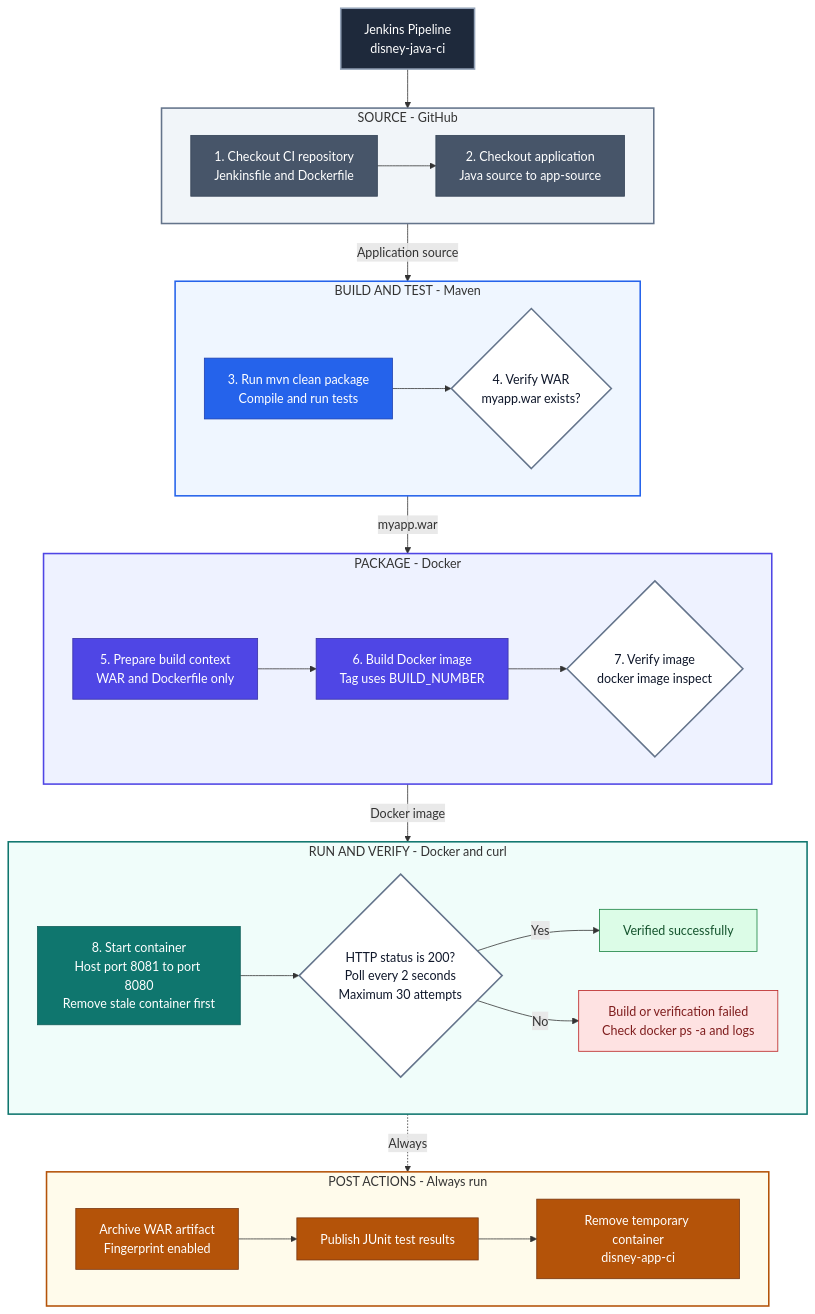
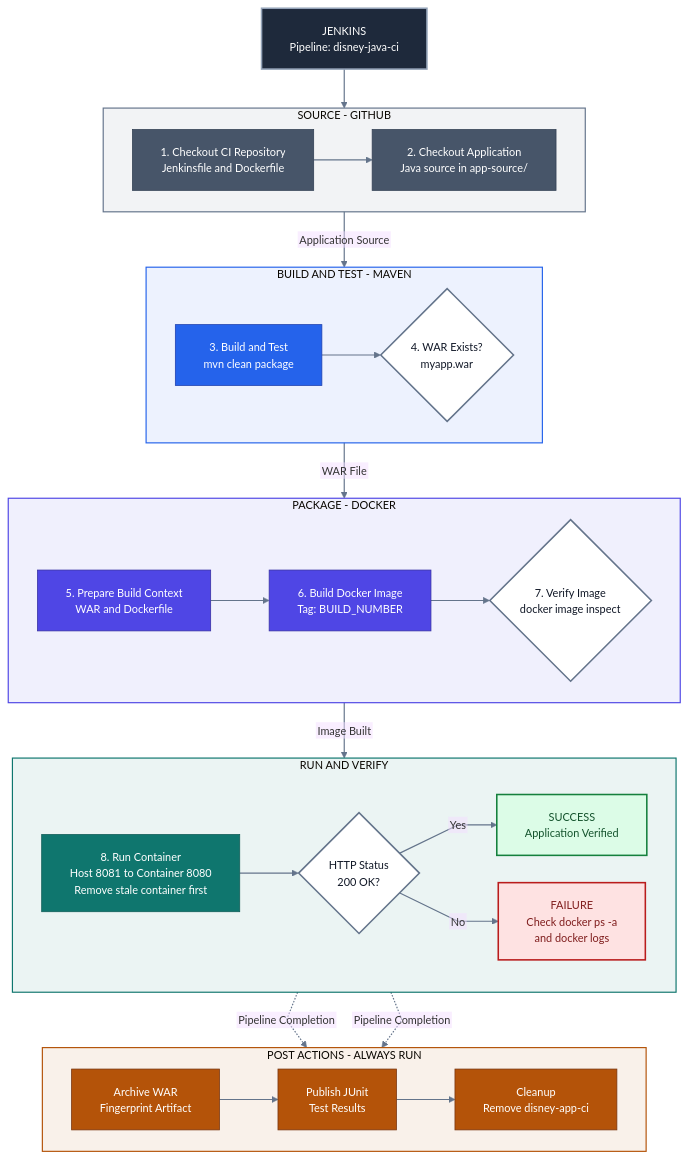
The first of 2 diagrams in 03-jenkins-cicd-pipeline/README.md (dileepkumar-bit/devops-portfolio), drawn with Mermaid before and after one commit.

````diff
--- a/03-jenkins-cicd-pipeline/README.md
+++ b/03-jenkins-cicd-pipeline/README.md
@@ -47,79 +47,82 @@
 ```mermaid
+%%{init: {"flowchart": {"curve": "linear", "nodeSpacing": 35, "rankSpacing": 50, "padding": 18, "htmlLabels": false}, "theme": "base", "themeVariables": {"fontFamily": "Arial, sans-serif", "fontSize": "14px"}}}%%
 flowchart TB
-    JK["Jenkins Pipeline<br/>disney-java-ci"]
 
-    subgraph SRC["SOURCE - GitHub"]
+    JK["JENKINS<br/>Pipeline: disney-java-ci"]
+
+    subgraph SRC["SOURCE - GITHUB"]
         direction LR
-        S1["1. Checkout CI repository<br/>Jenkinsfile and Dockerfile"]
-        S2["2. Checkout application<br/>Java source to app-source"]
+        S1["1. Checkout CI Repository<br/>Jenkinsfile and Dockerfile"]
+        S2["2. Checkout Application<br/>Java source in app-source/"]
         S1 --> S2
     end
 
-    subgraph BLD["BUILD AND TEST - Maven"]
+    subgraph BLD["BUILD AND TEST - MAVEN"]
         direction LR
-        B1["3. Run mvn clean package<br/>Compile and run tests"]
-        B2{"4. Verify WAR<br/>myapp.war exists?"}
+        B1["3. Build and Test<br/>mvn clean package"]
+        B2{"4. WAR Exists?<br/>myapp.war"}
         B1 --> B2
     end
 
-    subgraph PKG["PACKAGE - Docker"]
+    subgraph PKG["PACKAGE - DOCKER"]
         direction LR
-        P1["5. Prepare build context<br/>WAR and Dockerfile only"]
-        P2["6. Build Docker image<br/>Tag uses BUILD_NUMBER"]
-        P3{"7. Verify image<br/>docker image inspect"}
+        P1["5. Prepare Build Context<br/>WAR and Dockerfile"]
+        P2["6. Build Docker Image<br/>Tag: BUILD_NUMBER"]
+        P3{"7. Verify Image<br/>docker image inspect"}
         P1 --> P2 --> P3
     end
 
-    subgraph RUN["RUN AND VERIFY - Docker and curl"]
+    subgraph RUN["RUN AND VERIFY"]
         direction LR
-        R1["8. Start container<br/>Host port 8081 to port 8080<br/>Remove stale container first"]
-        R2{"HTTP status is 200?<br/>Poll every 2 seconds<br/>Maximum 30 attempts"}
-        R3["Verified successfully"]
-        R4["Build or verification failed<br/>Check docker ps -a and logs"]
+        R1["8. Run Container<br/>Host 8081 to Container 8080<br/>Remove stale container first"]
+        R2{"HTTP Status<br/>200 OK?"}
+        R3["SUCCESS<br/>Application Verified"]
+        R4["FAILURE<br/>Check docker ps -a<br/>and docker logs"]
         R1 --> R2
         R2 -->|Yes| R3
         R2 -->|No| R4
     end
 
-    subgraph POST["POST ACTIONS - Always run"]
+    subgraph POST["POST ACTIONS - ALWAYS RUN"]
         direction LR
-        Q1["Archive WAR artifact<br/>Fingerprint enabled"]
-        Q2["Publish JUnit test results"]
-        Q3["Remove temporary container<br/>disney-app-ci"]
+        Q1["Archive WAR<br/>Fingerprint Artifact"]
+        Q2["Publish JUnit<br/>Test Results"]
+        Q3["Cleanup<br/>Remove disney-app-ci"]
         Q1 --> Q2 --> Q3
     end
 
-    JK --> SRC
-    SRC -->|Application source| BLD
-    BLD -->|myapp.war| PKG
-    PKG -->|Docker image| RUN
-    RUN -.->|Always| POST
+    JK --> S1
+    S2 -->|Application Source| B1
+    B2 -->|WAR File| P1
+    P3 -->|Image Built| R1
+    R3 -.->|Pipeline Completion| Q1
+    R4 -.->|Pipeline Completion| Q1
 
-    classDef jenkins fill:#1E293B,stroke:#94A3B8,color:#FFFFFF,stroke-width:2px
+    classDef jenkins fill:#1E293B,stroke:#94A3B8,stroke-width:2px,color:#FFFFFF
     classDef source fill:#475569,stroke:#334155,color:#FFFFFF
     classDef build fill:#2563EB,stroke:#1E40AF,color:#FFFFFF
     classDef package fill:#4F46E5,stroke:#3730A3,color:#FFFFFF
     classDef runtime fill:#0F766E,stroke:#115E59,color:#FFFFFF
     classDef post fill:#B45309,stroke:#78350F,color:#FFFFFF
-    classDef decision fill:#FFFFFF,stroke:#64748B,color:#0F172A,stroke-width:2px
-    classDef success fill:#DCFCE7,stroke:#15803D,color:#14532D
-    classDef failure fill:#FEE2E2,stroke:#B91C1C,color:#7F1D1D
+    classDef decision fill:#FFFFFF,stroke:#64748B,stroke-width:2px,color:#111827
+    classDef success fill:#DCFCE7,stroke:#15803D,stroke-width:2px,color:#14532D
+    classDef failure fill:#FEE2E2,stroke:#B91C1C,stroke-width:2px,color:#7F1D1D
 
     class JK jenkins
     class S1,S2 source
     class B1 build
-    class B2 decision
+    class B2,P3,R2 decision
     class P1,P2 package
-    class P3 decision
     class R1 runtime
-    class R2 decision
     class R3 success
     class R4 failure
     class Q1,Q2,Q3 post
 
-    style SRC fill:#F1F5F9,stroke:#64748B,stroke-width:2px
-    style BLD fill:#EFF6FF,stroke:#2563EB,stroke-width:2px
-    style PKG fill:#EEF2FF,stroke:#4F46E5,stroke-width:2px
-    style RUN fill:#F0FDFA,stroke:#0F766E,stroke-width:2px
-    style POST fill:#FFFBEB,stroke:#B45309,stroke-width:2px
+    style SRC fill:#64748B15,stroke:#64748B,stroke-width:1.5px
+    style BLD fill:#2563EB15,stroke:#2563EB,stroke-width:1.5px
+    style PKG fill:#4F46E515,stroke:#4F46E5,stroke-width:1.5px
+    style RUN fill:#0F766E15,stroke:#0F766E,stroke-width:1.5px
+    style POST fill:#B4530915,stroke:#B45309,stroke-width:1.5px
+
+    linkStyle default stroke:#64748B,stroke-width:1.5px
 ```
````
